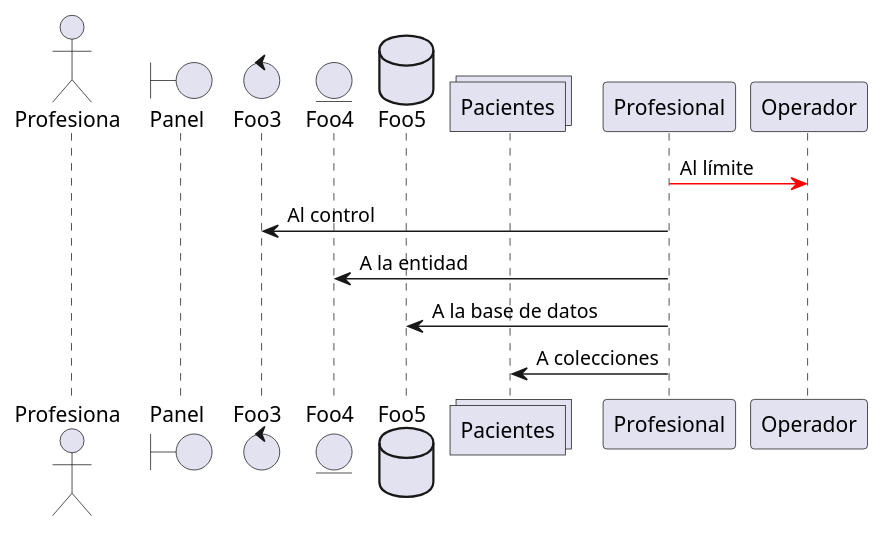
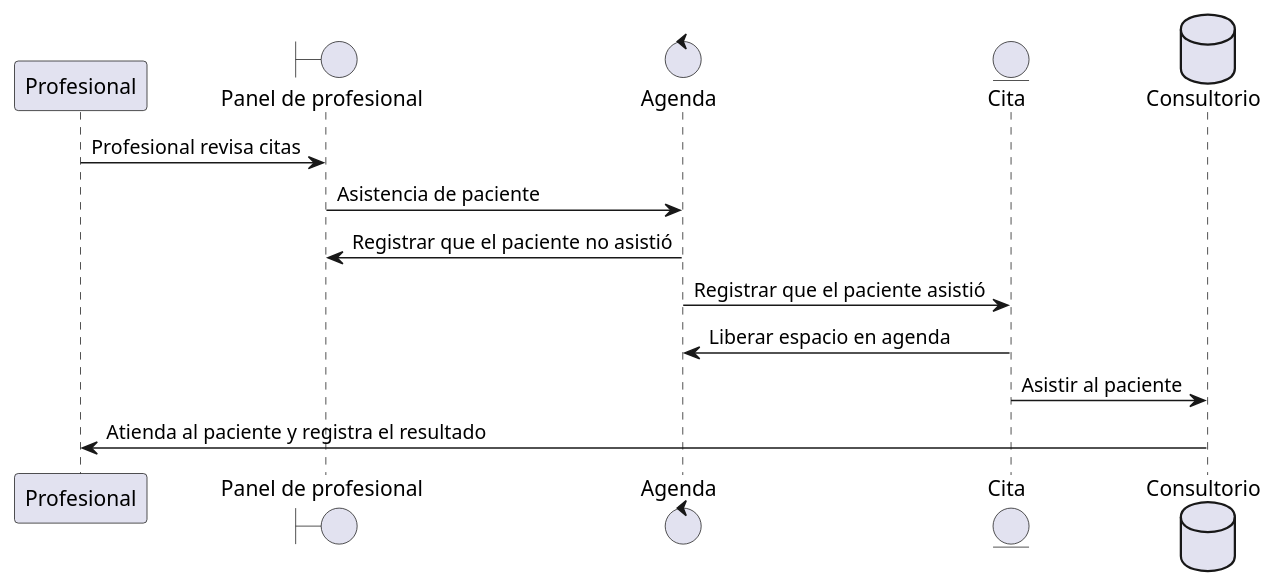
Before and after one commit to capsi-ucp/capsi-ucp.github.io: the diagram in ROOT/modules/proyecto/puml/consultorios-business-sequence.puml, drawn with PlantUML. The commit also changed 1 other file, not shown here.

Commit message:
Caso de uso de lógica de negocio para la reserva de citas

```diff
--- a/ROOT/modules/proyecto/puml/consultorios-business-sequence.puml
+++ b/ROOT/modules/proyecto/puml/consultorios-business-sequence.puml
@@ -1,13 +1,15 @@
 @startuml
-actor Profesiona
-boundary Panel
-control Foo3
-entity Foo4
-database Foo5
-collections Pacientes
-Profesional -[#red]> Operador : Al límite
-Profesional -> Foo3 : Al control
-Profesional -> Foo4 : A la entidad
-Profesional -> Foo5 : A la base de datos
-Profesional -> Pacientes : A colecciones
+participant Profesional
+boundary "Panel de profesional" as Panel
+control Agenda
+entity Cita
+database Consultorio
+
+Profesional -> Panel : Profesional revisa citas
+Panel -> Agenda : Asistencia de paciente
+Agenda -> Panel: Registrar que el paciente no asistió
+Agenda -> Cita: Registrar que el paciente asistió
+Cita -> Agenda: Liberar espacio en agenda
+Cita -> Consultorio: Asistir al paciente
+Consultorio -> Profesional: Atienda al paciente y registra el resultado
 @enduml
```
